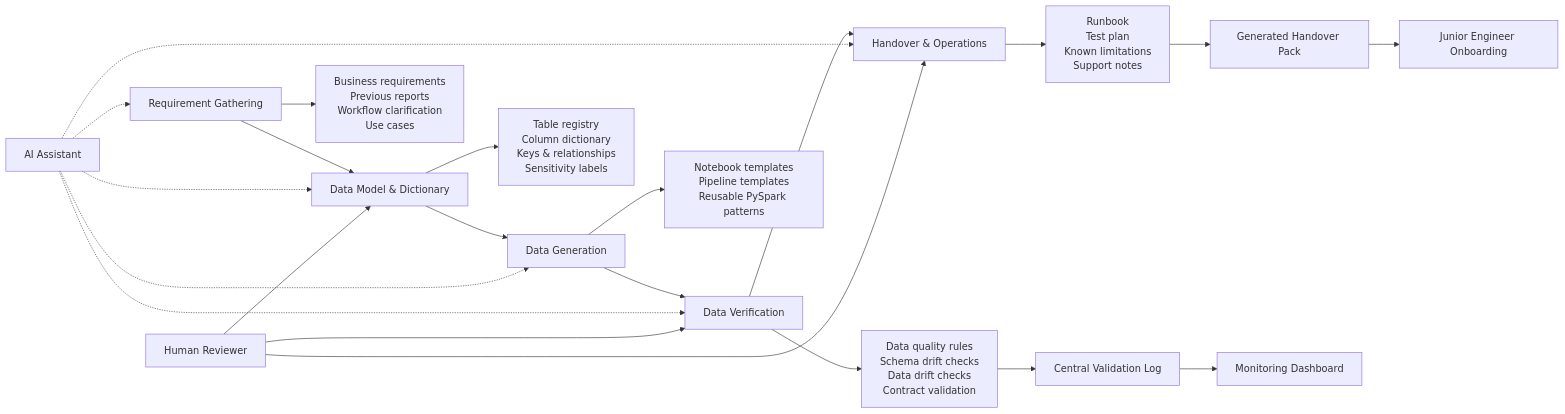
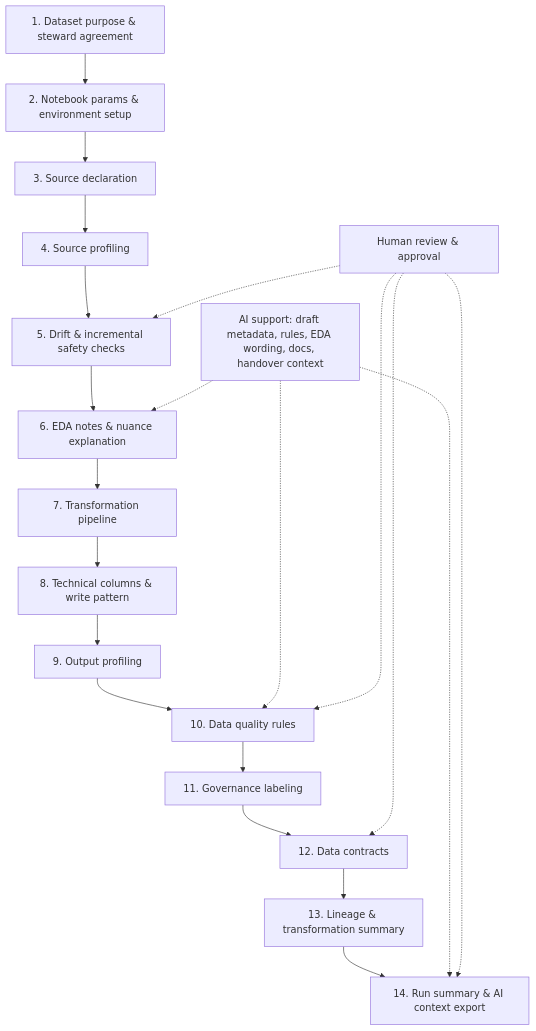
Before and after one commit to Voycepeh/fabric-data-product-framework: the diagram in README.md, drawn with Mermaid. The commit also changed other lines of this file, not shown here.

Commit message:
Simplify README around core data product lifecycle

````diff
--- a/README.md
+++ b/README.md
@@ -25,29 +34,24 @@
 ```mermaid
-flowchart LR
-    A[Requirement Gathering] --> B[Data Model & Dictionary]
-    B --> C[Data Generation]
-    C --> D[Data Verification]
-    D --> E[Handover & Operations]
+flowchart TD
+    S1[1. Dataset purpose & steward agreement] --> S2[2. Notebook params & environment setup]
+    S2 --> S3[3. Source declaration]
+    S3 --> S4[4. Source profiling]
+    S4 --> S5[5. Drift & incremental safety checks]
+    S5 --> S6[6. EDA notes & nuance explanation]
+    S6 --> S7[7. Transformation pipeline]
+    S7 --> S8[8. Technical columns & write pattern]
+    S8 --> S9[9. Output profiling]
+    S9 --> S10[10. Data quality rules]
+    S10 --> S11[11. Governance labeling]
+    S11 --> S12[12. Data contracts]
+    S12 --> S13[13. Lineage & transformation summary]
+    S13 --> S14[14. Run summary & AI context export]
 
-    AI[AI Assistant] -.-> A
-    AI -.-> B
-    AI -.-> C
-    AI -.-> D
-    AI -.-> E
-
-    A --> A1[Business requirements<br/>Previous reports<br/>Workflow clarification<br/>Use cases]
-    B --> B1[Table registry<br/>Column dictionary<br/>Keys & relationships<br/>Sensitivity labels]
-    C --> C1[Notebook templates<br/>Pipeline templates<br/>Reusable PySpark patterns]
-    D --> D1[Data quality rules<br/>Schema drift checks<br/>Data drift checks<br/>Contract validation]
-    E --> E1[Runbook<br/>Test plan<br/>Known limitations<br/>Support notes]
-
-    D1 --> F[Central Validation Log]
-    E1 --> G[Generated Handover Pack]
-
-    H[Human Reviewer] --> B
-    H --> D
-    H --> E
-
-    F --> I[Monitoring Dashboard]
-    G --> J[Junior Engineer Onboarding]
+    AI[AI support: draft metadata, rules, EDA wording, docs, handover context] -.-> S6
+    AI -.-> S10
+    AI -.-> S14
+    H[Human review & approval] -.-> S5
+    H -.-> S10
+    H -.-> S12
+    H -.-> S14
 ```
````
